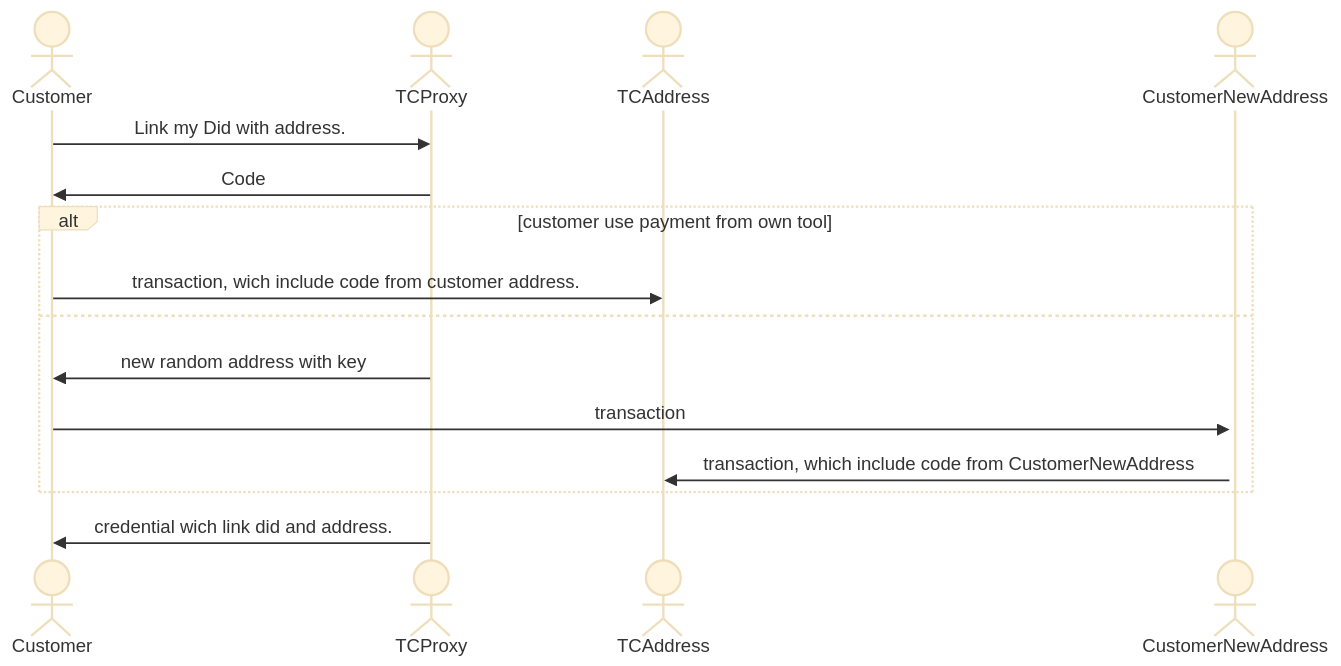
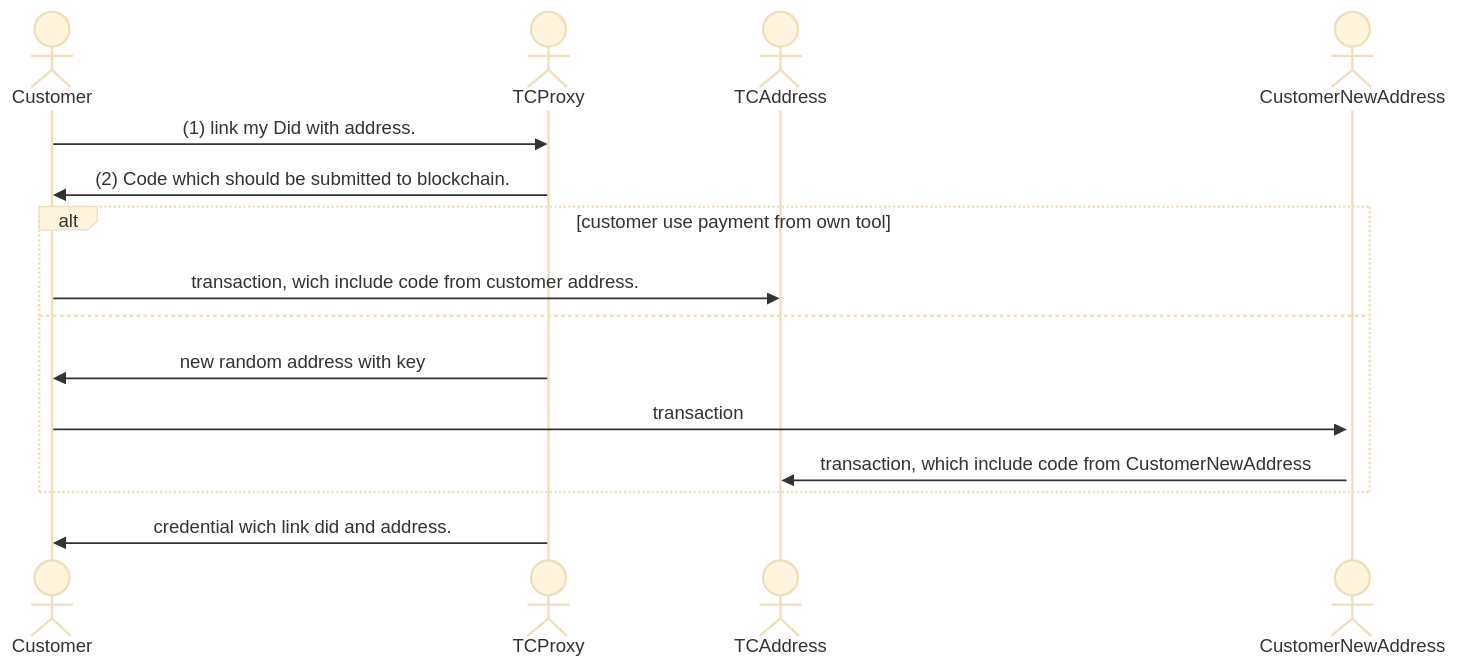
Before and after one commit to zakaio/cardano-tokens-and-credentials: the diagram in docs/Flow.md, drawn with Mermaid (base theme).

````diff
--- a/docs/Flow.md
+++ b/docs/Flow.md
@@ -5,18 +5,18 @@
 ```mermaid
 sequenceDiagram
 actor Customer
 actor TCProxy
 actor TCAddress
 actor CustomerNewAddress
-Customer ->> TCProxy: Link my Did with address.
-TCProxy ->> Customer: Code
+Customer ->> TCProxy: (1) link my Did with address.
+TCProxy ->> Customer: (2) Code which should be submitted to blockchain.
 alt customer use payment from own tool
   Customer ->> TCAddress: transaction, wich include code from customer address.
 else
   TCProxy ->> Customer: new random address with key
   activate CustomerNewAddress
   Customer ->> CustomerNewAddress: transaction
   CustomerNewAddress ->> TCAddress: transaction, which include code from CustomerNewAddress
 end
 TCProxy ->> Customer: credential wich link did and address.
 ```
````
